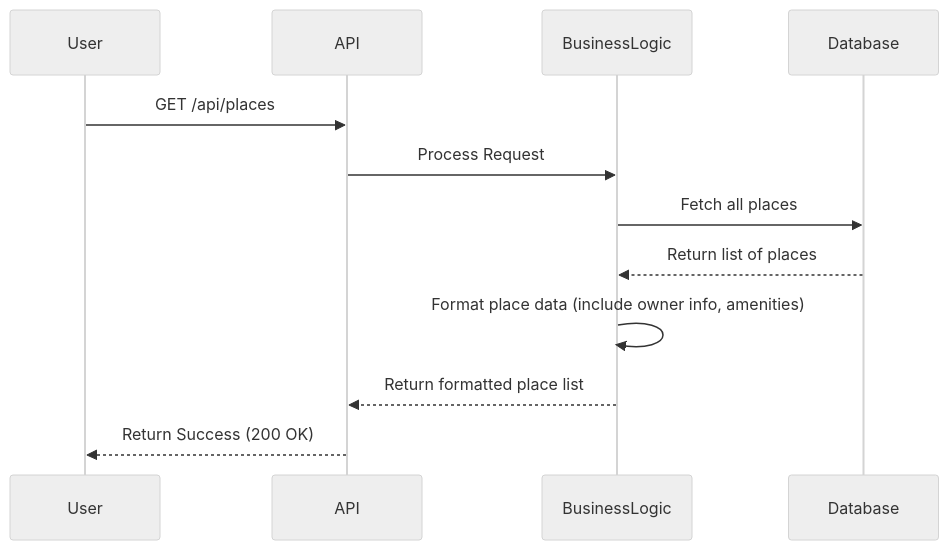
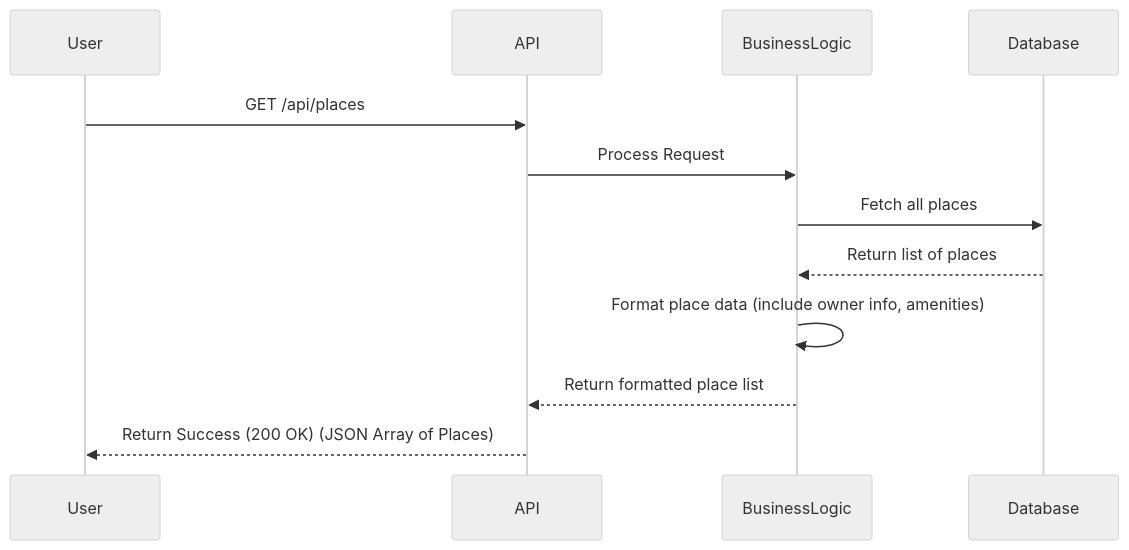
The fourth of 4 diagrams in part1/task2_sequence_diagrams.md (MWA404/holbertonschool-hbnb), drawn with Mermaid (neutral theme) before and after one commit. The commit also changed 1 other file, not shown here.

Commit message:
fix: architectural constraints, class attributes, and sequence responses

````diff
--- a/part1/task2_sequence_diagrams.md
+++ b/part1/task2_sequence_diagrams.md
@@ -86,15 +86,15 @@
 ```mermaid
 sequenceDiagram
     participant User
     participant API
     participant BusinessLogic
     participant Database
 
     User->>API: GET /api/places
     API->>BusinessLogic: Process Request
     BusinessLogic->>Database: Fetch all places
     Database-->>BusinessLogic: Return list of places
     BusinessLogic->>BusinessLogic: Format place data (include owner info, amenities)
     BusinessLogic-->>API: Return formatted place list
-    API-->>User: Return Success (200 OK)
+    API-->>User: Return Success (200 OK) (JSON Array of Places)
 ```
````
